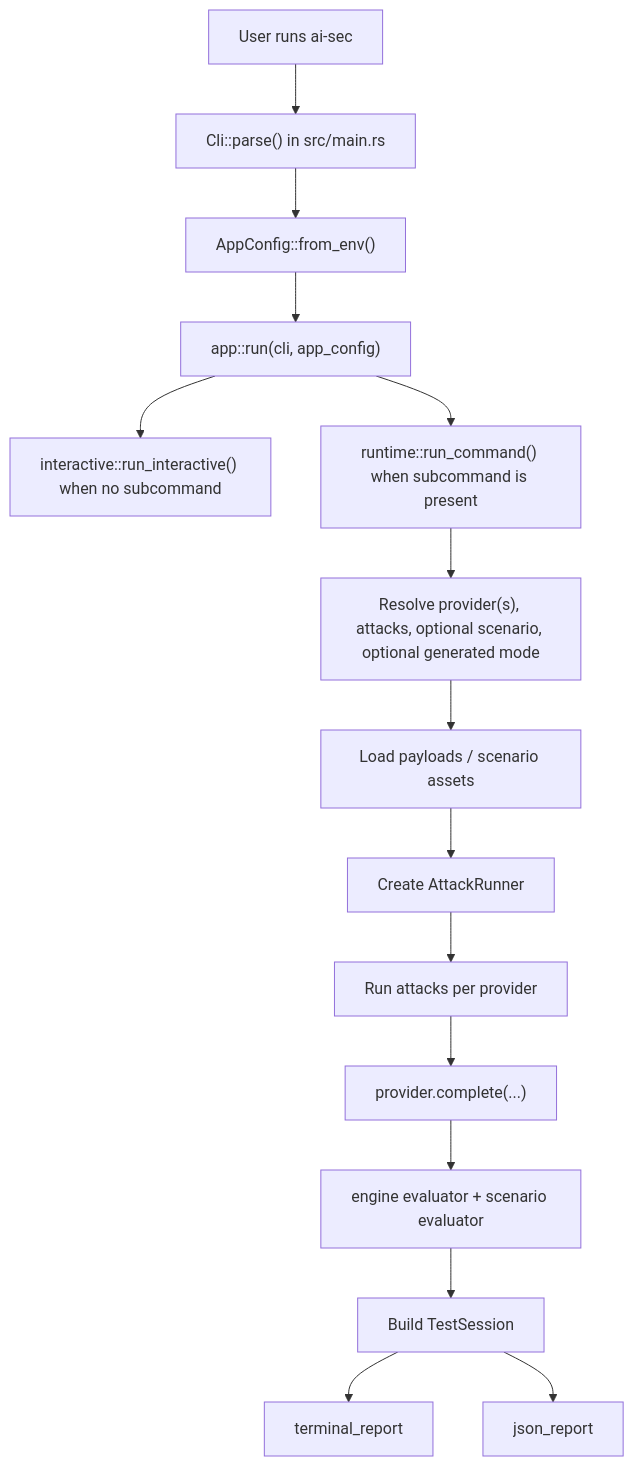
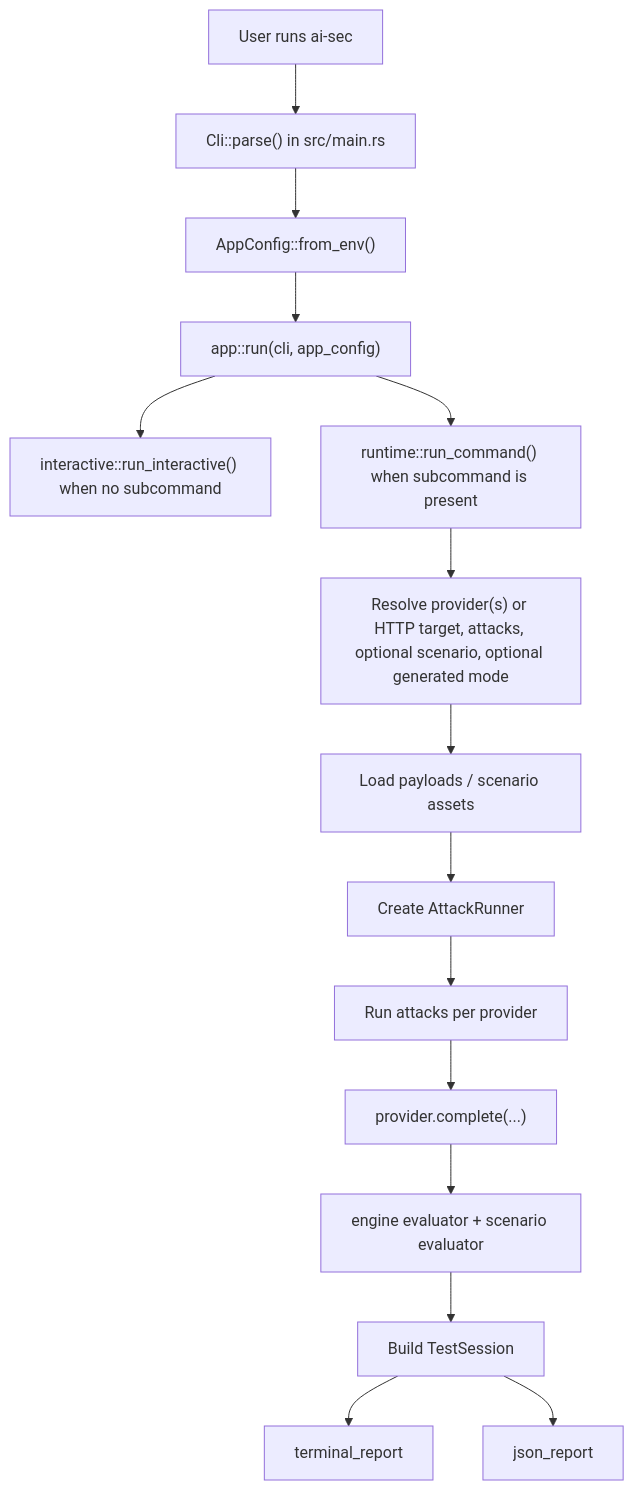
One commit to murza4ok/AI-security-test changed the third of 9 diagrams in Architecture.md. Above: the diagram before and after it, drawn with Mermaid. The commit also changed other lines of this file and 14 other files, not shown here.

Commit message:
http: add external web target client

````diff
--- a/Architecture.md
+++ b/Architecture.md
@@ -155,19 +157,19 @@
 ```mermaid
 flowchart TD
     A["User runs ai-sec"] --> B["Cli::parse() in src/main.rs"]
     B --> C["AppConfig::from_env()"]
     C --> D["app::run(cli, app_config)"]
 
     D --> E1["interactive::run_interactive() when no subcommand"]
     D --> E2["runtime::run_command() when subcommand is present"]
 
-    E2 --> F["Resolve provider(s), attacks, optional scenario, optional generated mode"]
+    E2 --> F["Resolve provider(s) or HTTP target, attacks, optional scenario, optional generated mode"]
     F --> G["Load payloads / scenario assets"]
     G --> H["Create AttackRunner"]
     H --> I["Run attacks per provider"]
     I --> J["provider.complete(...)"]
     J --> K["engine evaluator + scenario evaluator"]
     K --> L["Build TestSession"]
     L --> M["terminal_report"]
     L --> N["json_report"]
 ```
````
